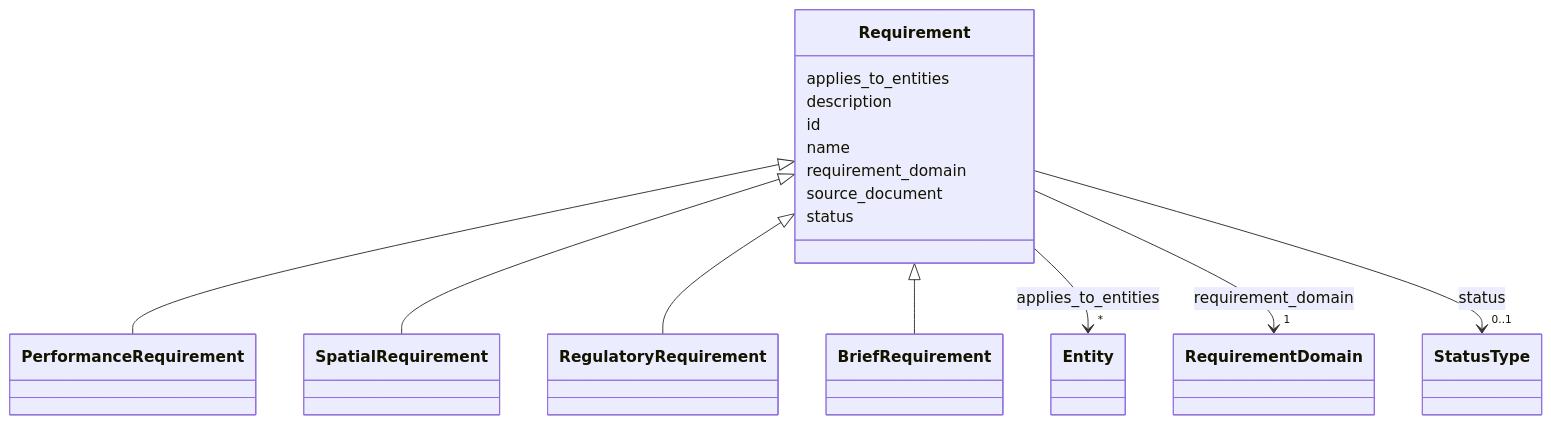
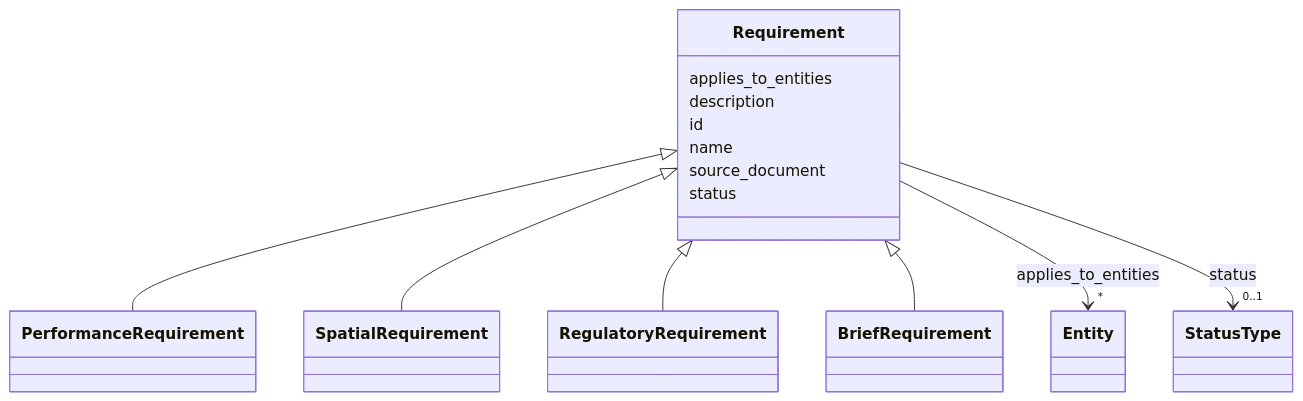
One commit to simondilhas/pragmatic-bim-schema changed the diagram in site/schema/Requirement.md. Above: the diagram before and after it, drawn with Mermaid. The commit also changed other lines of this file and 443 other files, not shown here.

````diff
--- a/site/schema/Requirement.md
+++ b/site/schema/Requirement.md
@@ -27,26 +27,23 @@
 ```mermaid
  classDiagram
     class Requirement
     click Requirement href "./Requirement.html"
       Requirement <|-- PerformanceRequirement
         click PerformanceRequirement href "./PerformanceRequirement.html"
       Requirement <|-- SpatialRequirement
         click SpatialRequirement href "./SpatialRequirement.html"
       Requirement <|-- RegulatoryRequirement
         click RegulatoryRequirement href "./RegulatoryRequirement.html"
       Requirement <|-- BriefRequirement
         click BriefRequirement href "./BriefRequirement.html"
       Requirement : applies_to_entities
         Requirement --> "*" Entity : applies_to_entities
         click Entity href "./Entity.html"
       Requirement : description
       Requirement : id
       Requirement : name
-      Requirement : requirement_domain
-        Requirement --> "1" RequirementDomain : requirement_domain
-        click RequirementDomain href "./RequirementDomain.html"
       Requirement : source_document
       Requirement : status
         Requirement --> "0..1" StatusType : status
         click StatusType href "./StatusType.html"
 ```
````
